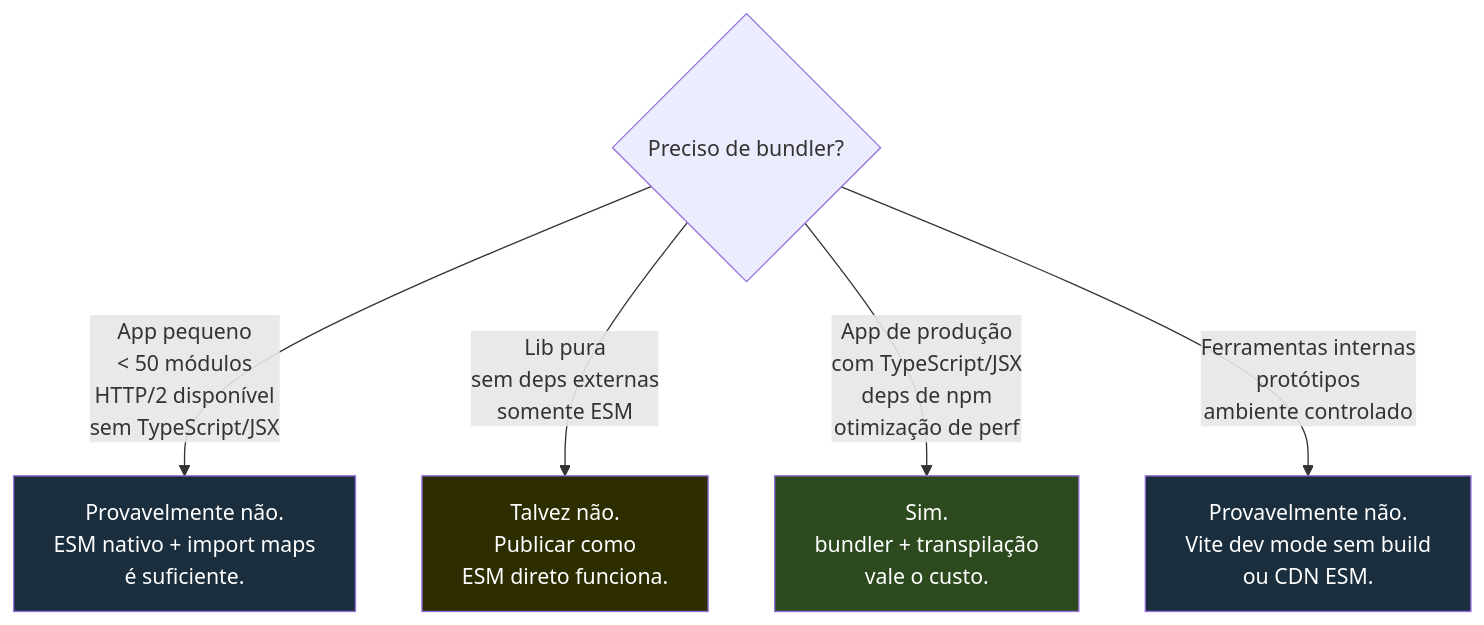
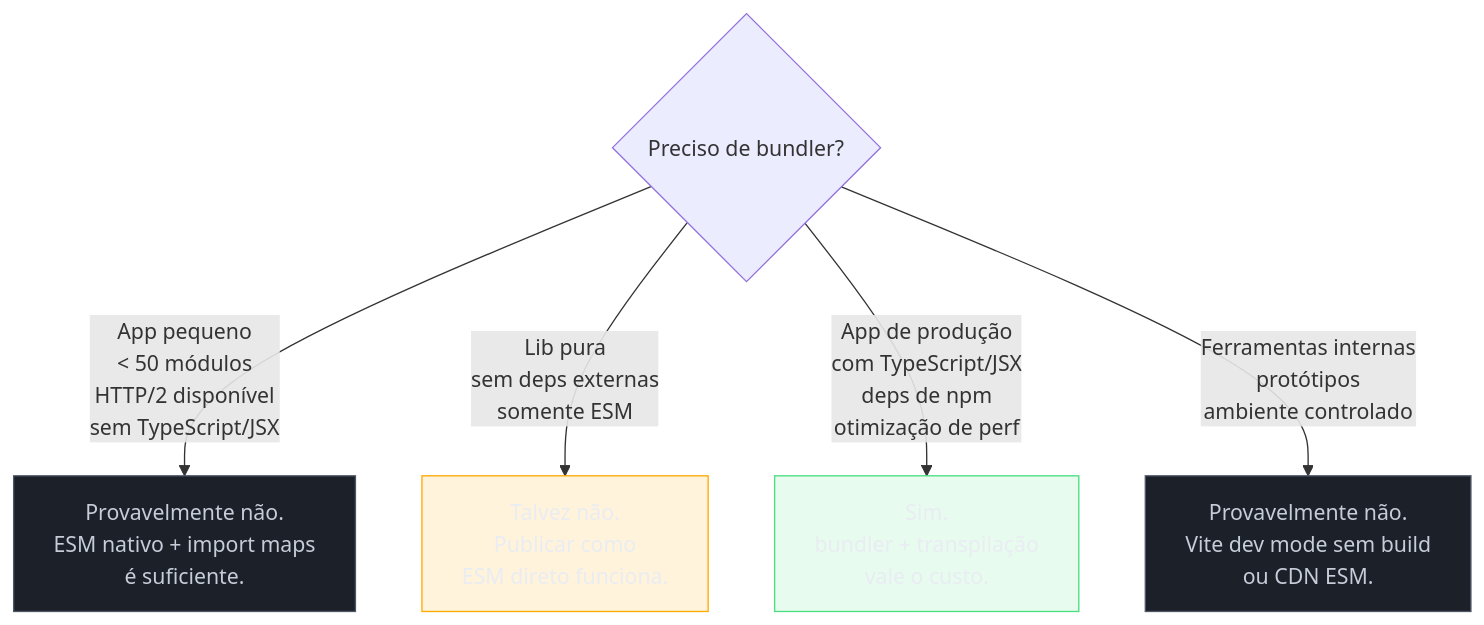
Before and after one commit to josenaldo/codex-technomanticus: the ninth of 10 diagrams in 03-Dominios/Tecnologia/Tooling e Build/07 - O grafo de módulos e o que é bundling.md, drawn with Mermaid. The commit also changed other lines of this file and 1181 other files, not shown here.

First line of the commit message:
fix(diagramas): paleta do sistema no lugar de cor cravada no markdown

````diff
--- a/03-Dominios/Tecnologia/Tooling e Build/07 - O grafo de módulos e o que é bundling.md
+++ b/03-Dominios/Tecnologia/Tooling e Build/07 - O grafo de módulos e o que é bundling.md
@@ -708,17 +719,20 @@
 ```mermaid
 flowchart TD
+    classDef ok fill:#4ADE8021,stroke:#4ADE80,color:#E9ECF2
+    classDef neutro fill:#1B2029,stroke:#4E5666,color:#C6CCD8
+    classDef destaque fill:#FFAA0024,stroke:#FFAA00,color:#E9ECF2
     START{Preciso de bundler?}
 
     START -->|"App pequeno\n< 50 módulos\nHTTP/2 disponível\nsem TypeScript/JSX"| NO["Provavelmente não.\nESM nativo + import maps\né suficiente."]
 
     START -->|"Lib pura\nsem deps externas\nsomente ESM"| MAYBE["Talvez não.\nPublicar como\nESM direto funciona."]
 
     START -->|"App de produção\ncom TypeScript/JSX\ndeps de npm\notimização de perf"| YES["Sim.\nbundler + transpilação\nvale o custo."]
 
     START -->|"Ferramentas internas\nprotótipos\nambiente controlado"| ALSO_NO["Provavelmente não.\nVite dev mode sem build\nou CDN ESM."]
 
-    style YES fill:#2d4a1e,color:#fff
-    style NO fill:#1a2e3d,color:#fff
-    style MAYBE fill:#2d2d00,color:#fff
-    style ALSO_NO fill:#1a2e3d,color:#fff
+    class YES ok
+    class NO neutro
+    class MAYBE destaque
+    class ALSO_NO neutro
 ```
````
